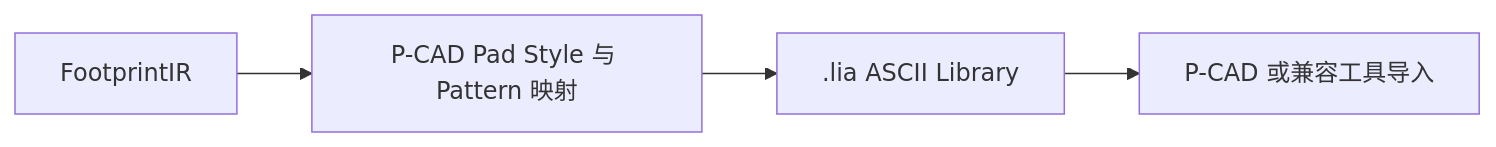
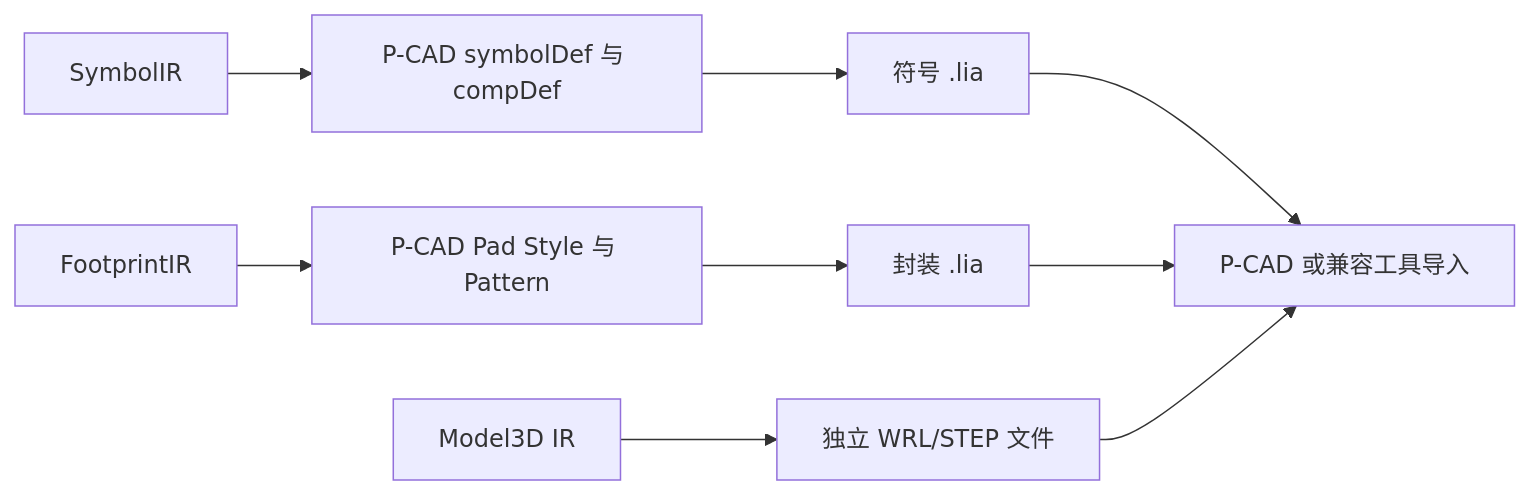
Before and after one commit to EasyKiconverter/EasyKiConverter: the diagram in docs/developer/PCAD_EXPORT.md, drawn with Mermaid. The commit also changed other lines of this file and 13 other files, not shown here.

````diff
--- a/docs/developer/PCAD_EXPORT.md
+++ b/docs/developer/PCAD_EXPORT.md
@@ -5,6 +5,11 @@
 ```mermaid
 flowchart LR
-    IR[FootprintIR] --> M[P-CAD Pad Style 与 Pattern 映射]
-    M --> L[.lia ASCII Library]
+    S[SymbolIR] --> SC[P-CAD symbolDef 与 compDef]
+    F[FootprintIR] --> FC[P-CAD Pad Style 与 Pattern]
+    M[Model3D IR] --> MC[独立 WRL/STEP 文件]
+    SC --> L[符号 .lia]
+    FC --> L2[封装 .lia]
     L --> P[P-CAD 或兼容工具导入]
+    L2 --> P
+    MC --> P
 ```
````
